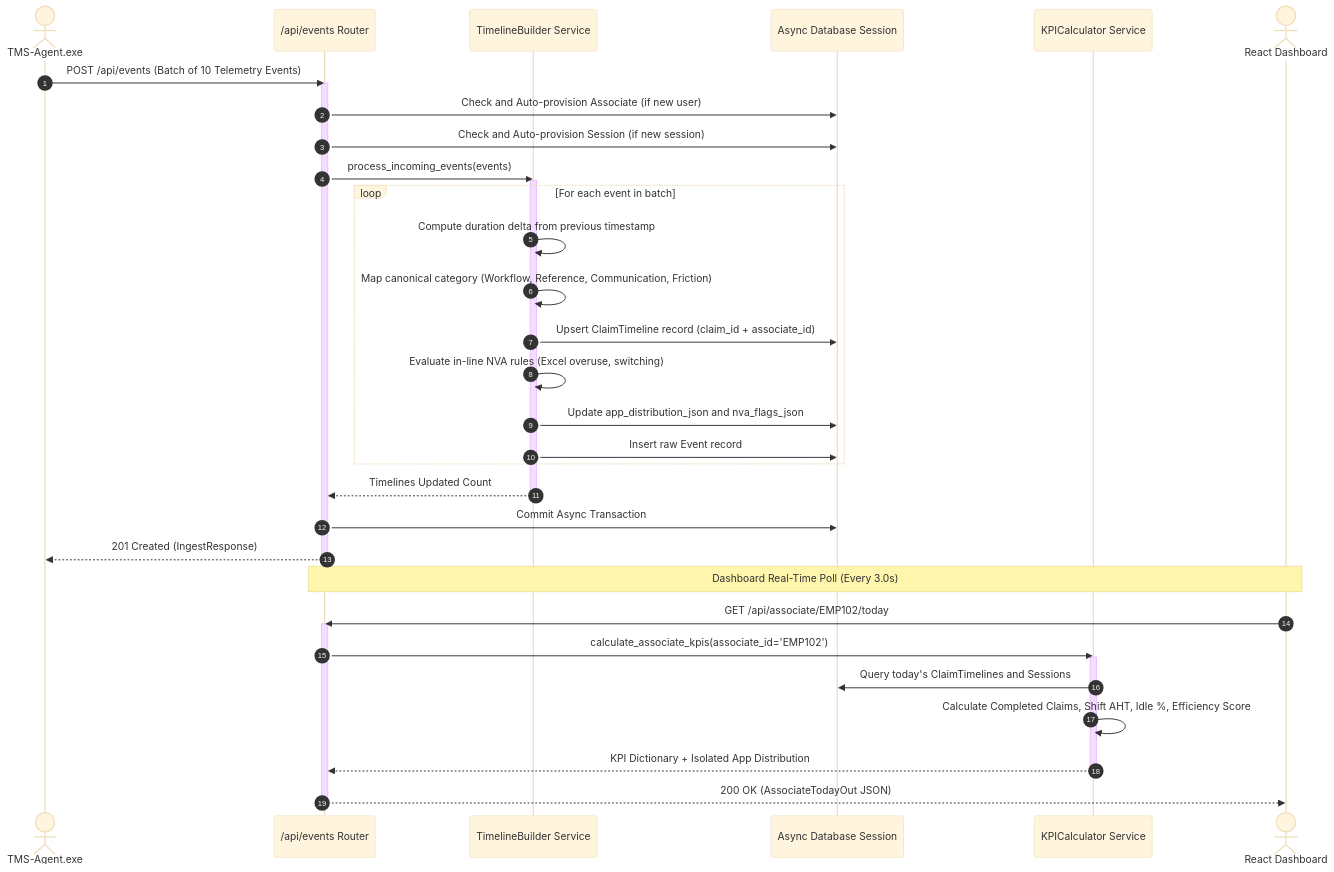
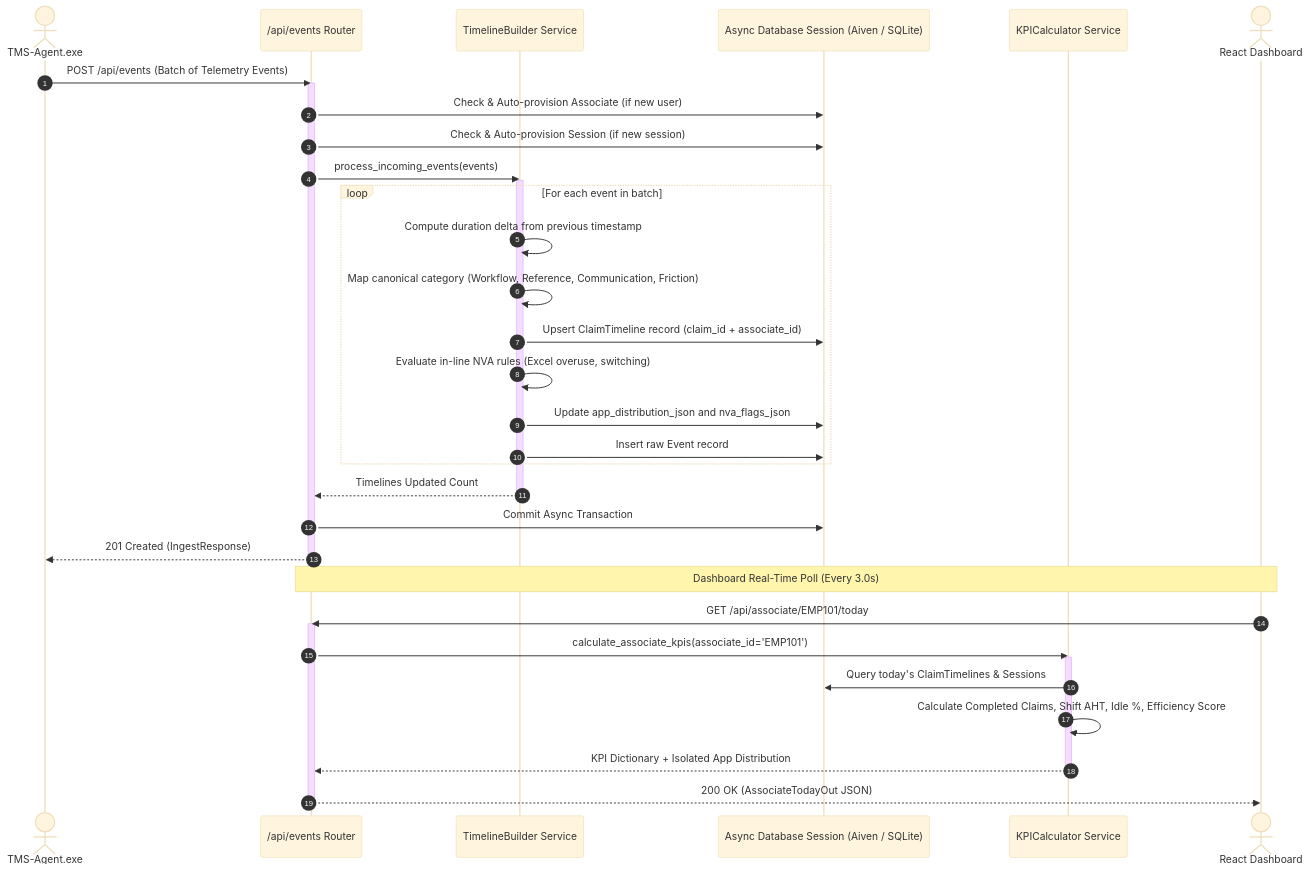
The third of 7 diagrams in ARCHITECTURE.md (Gokul2004-ne/TMS), drawn with Mermaid (base theme) before and after one commit. The commit also changed other lines of this file and 4 other files, not shown here.

Commit message:
docs: update ARCHITECTURE.md and README.md with comprehensive project dossier and clean up unwanted temporary files

````diff
--- a/ARCHITECTURE.md
+++ b/ARCHITECTURE.md
@@ -274,44 +291,44 @@
 ```mermaid
 sequenceDiagram
     autonumber
     actor Agent as TMS-Agent.exe
     participant Route as /api/events Router
     participant TL as TimelineBuilder Service
-    participant DB as Async Database Session
+    participant DB as Async Database Session (Aiven / SQLite)
     participant KPI as KPICalculator Service
     actor Dash as React Dashboard
 
-    Agent->>Route: POST /api/events (Batch of 10 Telemetry Events)
+    Agent->>Route: POST /api/events (Batch of Telemetry Events)
     activate Route
-    Route->>DB: Check and Auto-provision Associate (if new user)
-    Route->>DB: Check and Auto-provision Session (if new session)
+    Route->>DB: Check & Auto-provision Associate (if new user)
+    Route->>DB: Check & Auto-provision Session (if new session)
     Route->>TL: process_incoming_events(events)
     activate TL
     
     loop For each event in batch
         TL->>TL: Compute duration delta from previous timestamp
         TL->>TL: Map canonical category (Workflow, Reference, Communication, Friction)
         TL->>DB: Upsert ClaimTimeline record (claim_id + associate_id)
         TL->>TL: Evaluate in-line NVA rules (Excel overuse, switching)
         TL->>DB: Update app_distribution_json and nva_flags_json
         TL->>DB: Insert raw Event record
     end
     
     TL-->>Route: Timelines Updated Count
     deactivate TL
     Route->>DB: Commit Async Transaction
     Route-->>Agent: 201 Created (IngestResponse)
     deactivate Route
 
     Note over Dash,Route: Dashboard Real-Time Poll (Every 3.0s)
-    Dash->>Route: GET /api/associate/EMP102/today
+    Dash->>Route: GET /api/associate/EMP101/today
     activate Route
-    Route->>KPI: calculate_associate_kpis(associate_id='EMP102')
+    Route->>KPI: calculate_associate_kpis(associate_id='EMP101')
     activate KPI
-    KPI->>DB: Query today's ClaimTimelines and Sessions
+    KPI->>DB: Query today's ClaimTimelines & Sessions
     KPI->>KPI: Calculate Completed Claims, Shift AHT, Idle %, Efficiency Score
     KPI-->>Route: KPI Dictionary + Isolated App Distribution
     deactivate KPI
     Route-->>Dash: 200 OK (AssociateTodayOut JSON)
     deactivate Route
 ```
````
